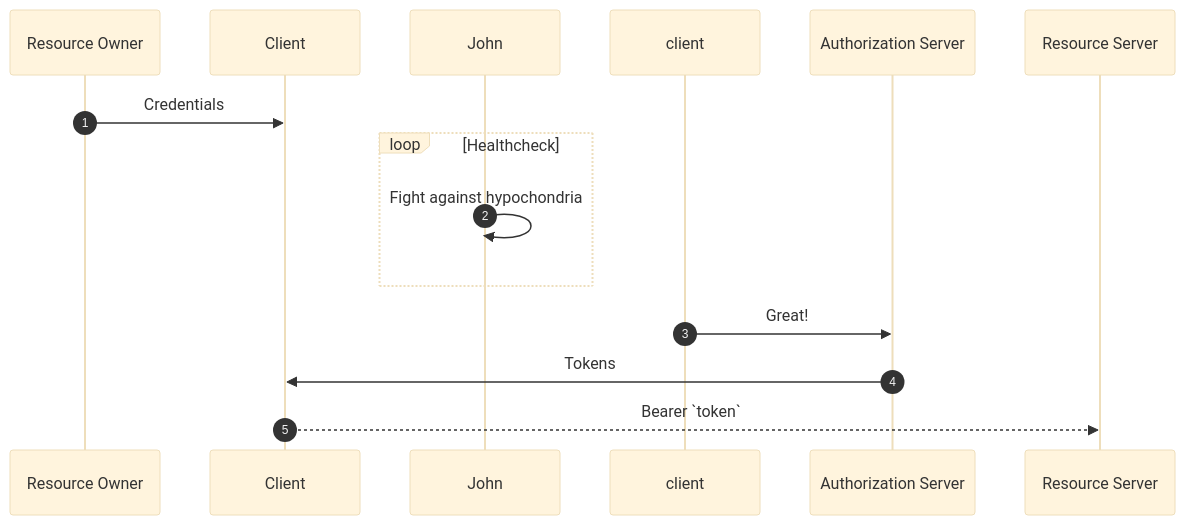
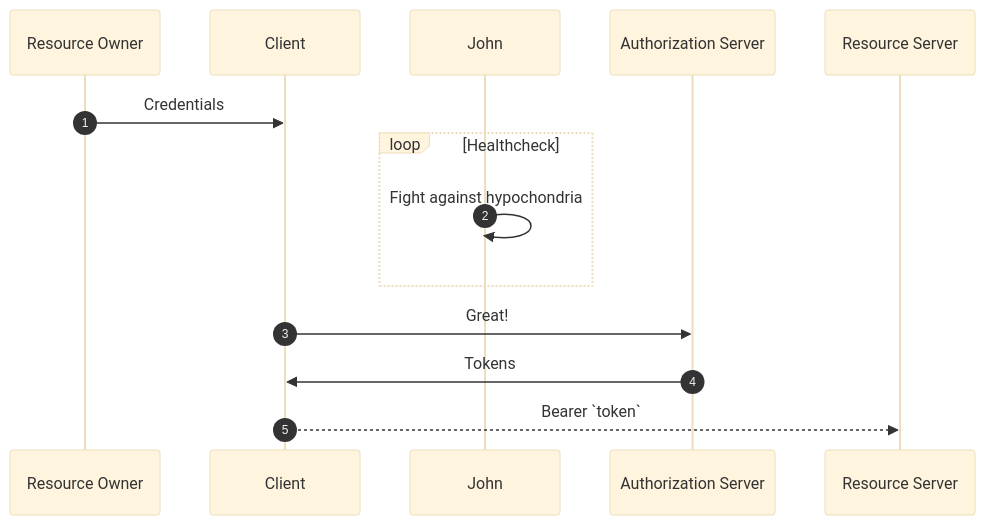
One commit to m-thirumal/oauth-authorization-server changed the diagram in docs/index.md. Above: the diagram before and after it, drawn with Mermaid (base theme).

````diff
--- a/docs/index.md
+++ b/docs/index.md
@@ -9,12 +9,12 @@
 ``` mermaid
 sequenceDiagram
   autonumber
   Resource Owner->>Client: Credentials
   loop Healthcheck
       John->>John: Fight against hypochondria
   end
-  client->>Authorization Server: Great!
+  Client->>Authorization Server: Great!
   Authorization Server->>Client: Tokens
   Client-->>Resource Server: Bearer `token`
 
 ```
````
